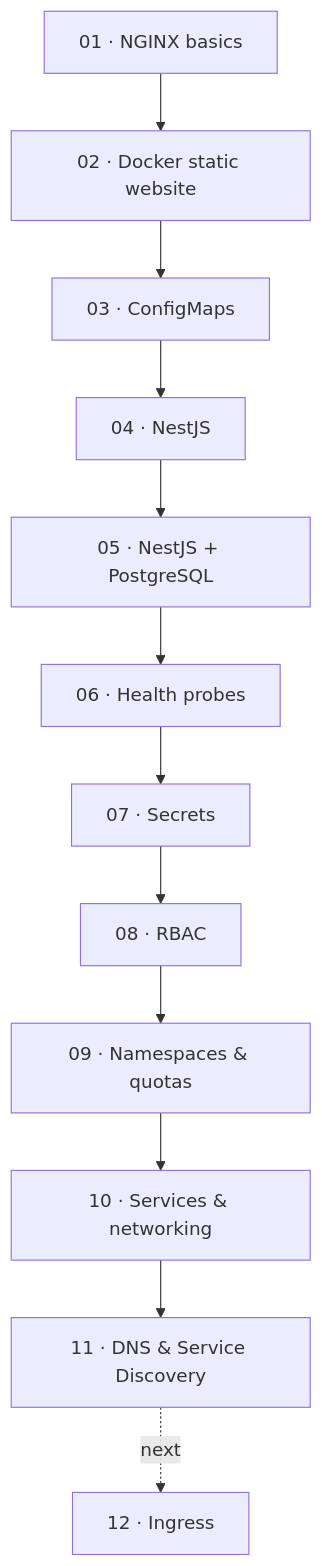
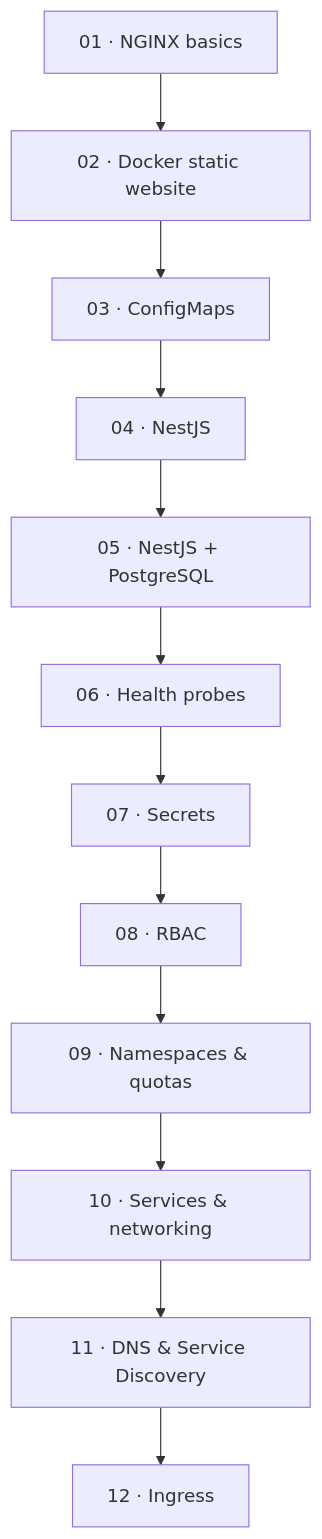
The first of 2 diagrams in README.md (EElshamy/k8s-learning-lab), drawn with Mermaid before and after one commit. The commit also changed other lines of this file, not shown here.

Commit message:
Document Lab 12 Ingress in learning roadmap

```diff
--- a/README.md
+++ b/README.md
@@ -11,14 +11,14 @@
 ~~~mermaid
 flowchart TD
   A["01 · NGINX basics"] --> B["02 · Docker static website"]
   B --> C["03 · ConfigMaps"]
   C --> D["04 · NestJS"]
   D --> E["05 · NestJS + PostgreSQL"]
   E --> F["06 · Health probes"]
   F --> G["07 · Secrets"]
   G --> H["08 · RBAC"]
   H --> I["09 · Namespaces & quotas"]
   I --> J["10 · Services & networking"]
   J --> K["11 · DNS & Service Discovery"]
-  K -. next .-> L["12 · Ingress"]
+  K --> L["12 · Ingress"]
 ~~~
```
